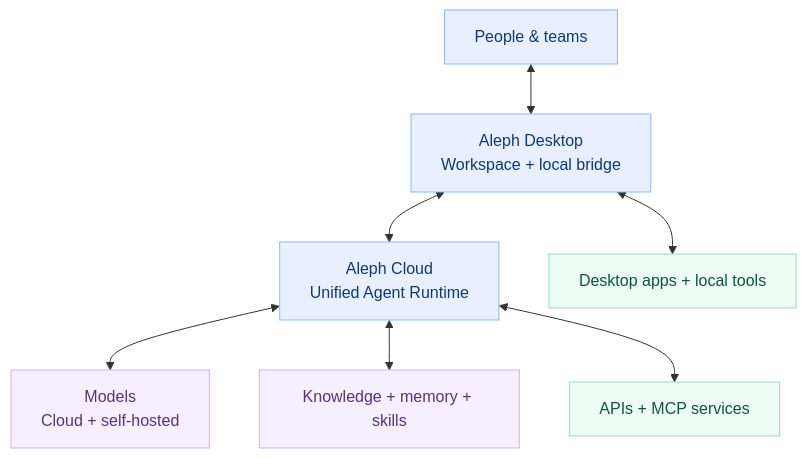
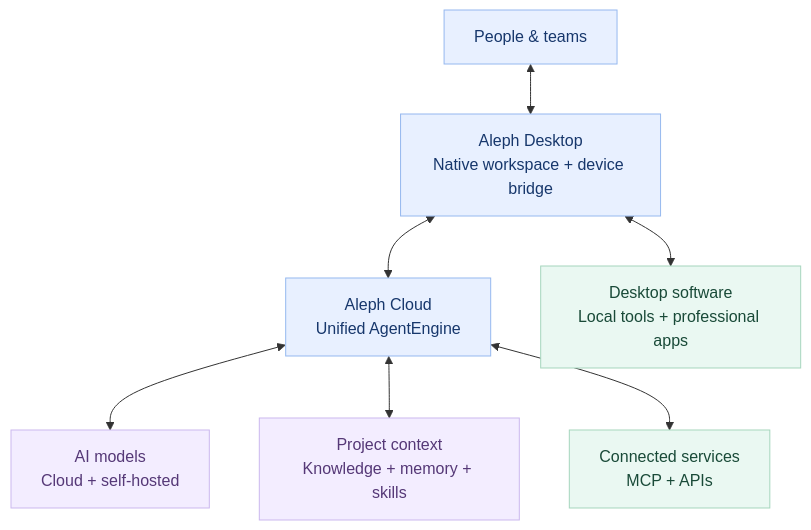
One commit to alephhq-tech/.github changed the diagram in profile/README.md. Above: the diagram before and after it, drawn with Mermaid. The commit also changed other lines of this file, not shown here.

Commit message:
docs: turn Aleph organization profile into AI startup landing page

````diff
--- a/profile/README.md
+++ b/profile/README.md
@@ -127,15 +73,15 @@
 ```mermaid
 flowchart TB
-  U["People & teams"] <--> D["Aleph Desktop<br/>Workspace + local bridge"]
-  D <--> C["Aleph Cloud<br/>Unified Agent Runtime"]
-  C <--> M["Models<br/>Cloud + self-hosted"]
-  C <--> K["Knowledge + memory + skills"]
-  C <--> T["APIs + MCP services"]
-  D <--> A["Desktop apps + local tools"]
-  classDef blue fill:#e8f0ff,color:#17376c,stroke:#8fb8ee;
-  classDef mint fill:#ecfbf3,color:#14543b,stroke:#9cdac0;
-  classDef lilac fill:#f6efff,color:#563576,stroke:#ceb5ec;
-  class U,D,C blue;
-  class A,T mint;
-  class M,K lilac;
+    U["People & teams"] <--> D["Aleph Desktop<br/>Native workspace + device bridge"]
+    D <--> C["Aleph Cloud<br/>Unified AgentEngine"]
+    C <--> M["AI models<br/>Cloud + self-hosted"]
+    C <--> K["Project context<br/>Knowledge + memory + skills"]
+    C <--> T["Connected services<br/>MCP + APIs"]
+    D <--> A["Desktop software<br/>Local tools + professional apps"]
+    classDef blue fill:#e8f0ff,color:#17376c,stroke:#95b8ef;
+    classDef mint fill:#eaf8f2,color:#194a38,stroke:#a6d6bd;
+    classDef lavender fill:#f3edff,color:#553877,stroke:#cbb8ee;
+    class U,D,C blue;
+    class A,T mint;
+    class M,K lavender;
 ```
````
